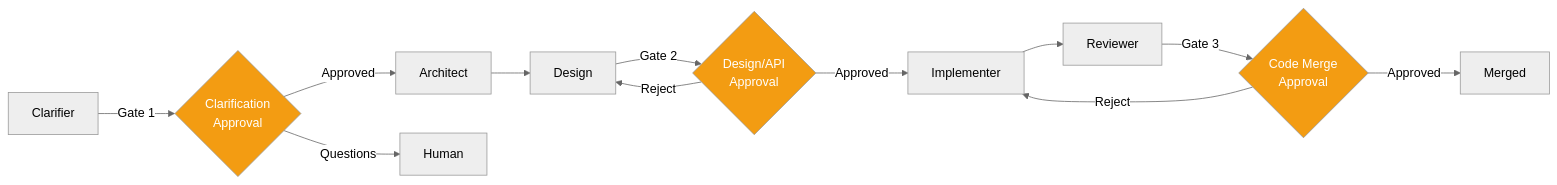
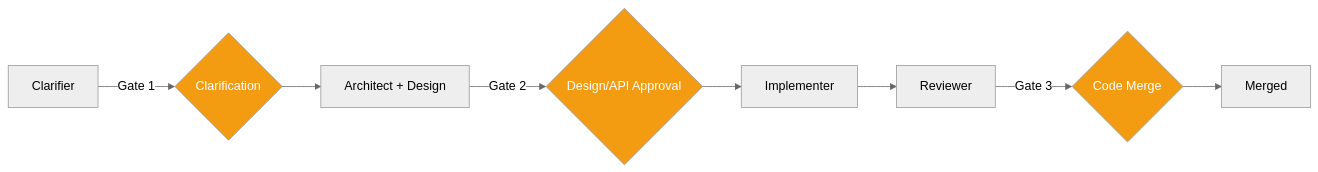
One commit to praveen-gottala/sdlc-agent-swarms changed the diagram in docs/concepts/hitl-governance.md. Above: the diagram before and after it, drawn with Mermaid (neutral theme). The commit also changed other lines of this file and 6 other files, not shown here.

````diff
--- a/docs/concepts/hitl-governance.md
+++ b/docs/concepts/hitl-governance.md
@@ -16,19 +9,14 @@
 ```mermaid
 graph LR
-    C[Clarifier] -->|Gate 1| G1{Clarification<br/>Approval}
-    G1 -->|Approved| A[Architect]
-    A --> D[Design]
-    D -->|Gate 2| G2{Design/API<br/>Approval}
-    G2 -->|Approved| I[Implementer]
+    C[Clarifier] -->|Gate 1| G1{Clarification}
+    G1 --> A[Architect + Design]
+    A -->|Gate 2| G2{Design/API Approval}
+    G2 --> I[Implementer]
     I --> R[Reviewer]
-    R -->|Gate 3| G3{Code Merge<br/>Approval}
-    G3 -->|Approved| M[Merged]
-
-    G1 -->|Questions| H[Human]
-    G2 -->|Reject| D
-    G3 -->|Reject| I
+    R -->|Gate 3| G3{Code Merge}
+    G3 --> M[Merged]
 
     style G1 fill:#F39C12,color:#fff
     style G2 fill:#F39C12,color:#fff
     style G3 fill:#F39C12,color:#fff
 ```
````
